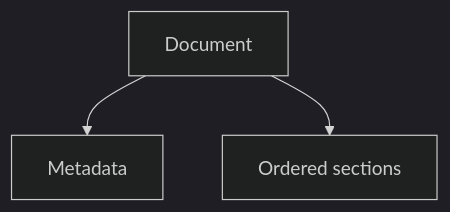
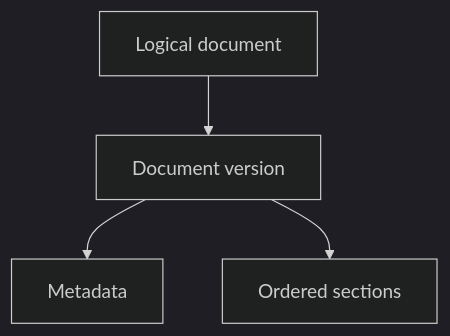
The first of 6 diagrams in docs/design/content.md (Natoandro/verso), drawn with Mermaid (dark theme) before and after one commit. The commit also changed other lines of this file and 7 other files, not shown here.

````diff
--- a/docs/design/content.md
+++ b/docs/design/content.md
@@ -19,5 +25,6 @@
 ```mermaid
 flowchart TB
-    document["Document"] --> metadata["Metadata"]
-    document --> sections["Ordered sections"]
+    document["Logical document"] --> version["Document version"]
+    version --> metadata["Metadata"]
+    version --> sections["Ordered sections"]
 ```
````
